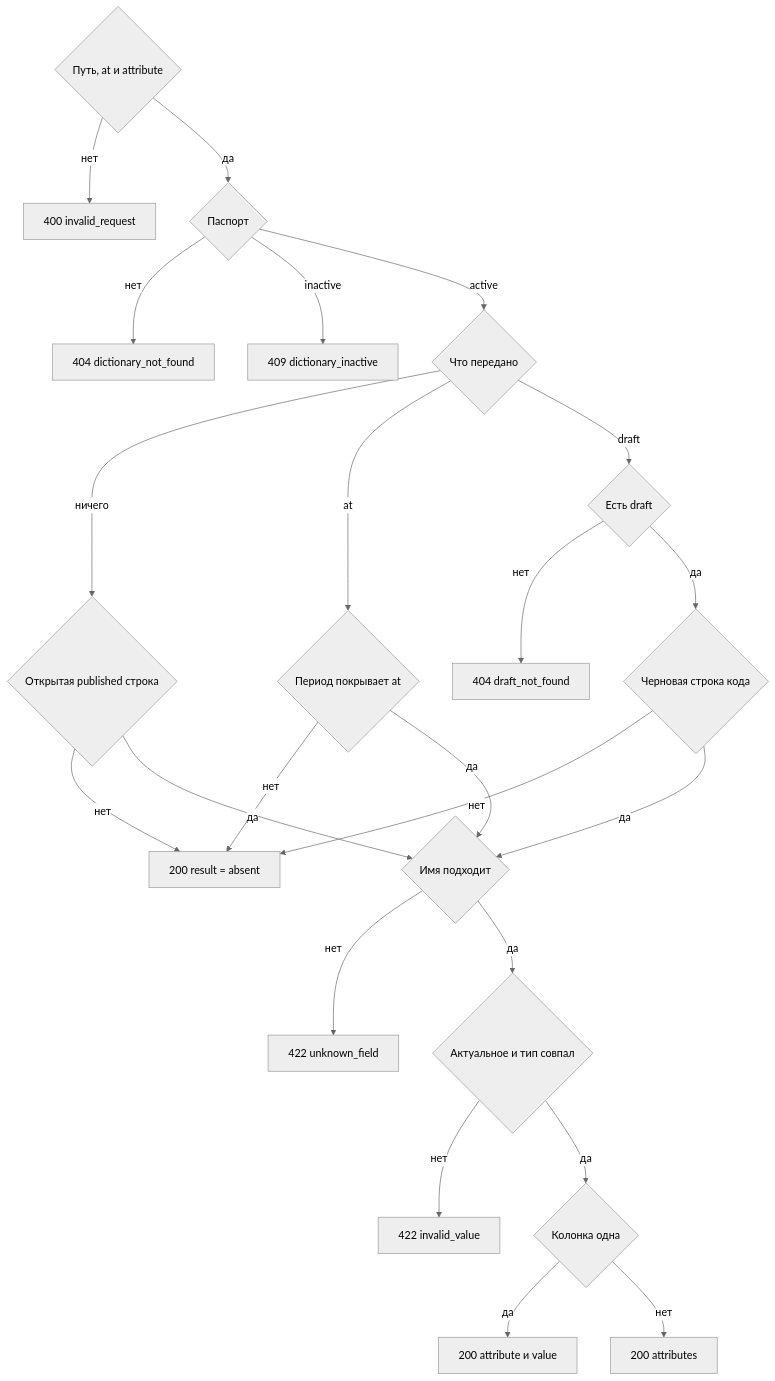
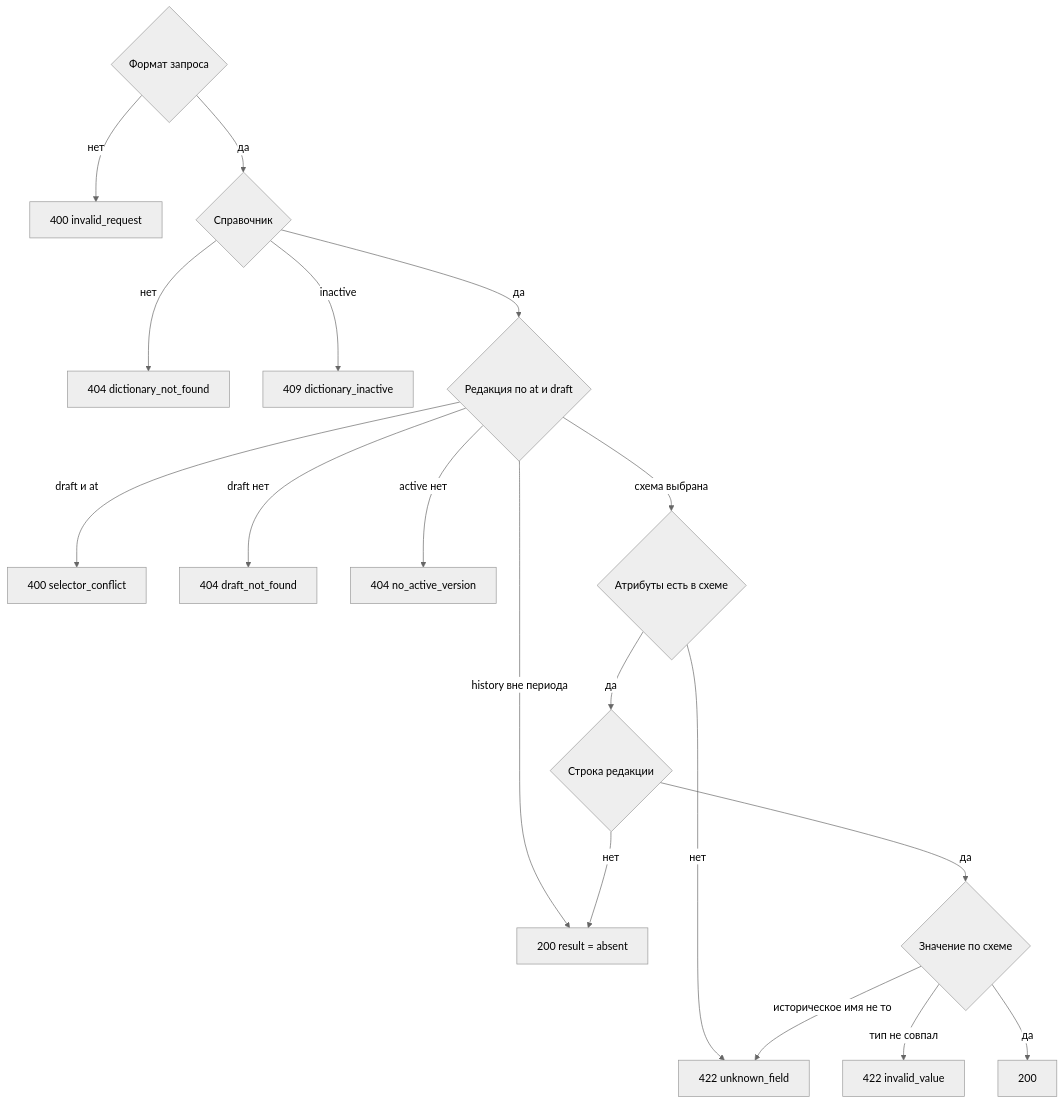
Before and after one commit to StrannikE95/reference_data: the diagram in docs/1. functional/specification/v2 - 1 таблица/api/service.api/DataController/get_value.md, drawn with Mermaid (neutral theme). The commit also changed other lines of this file and 2 other files, not shown here.

````diff
--- a/docs/1. functional/specification/v2 - 1 таблица/api/service.api/DataController/get_value.md
+++ b/docs/1. functional/specification/v2 - 1 таблица/api/service.api/DataController/get_value.md
@@ -107,25 +115,20 @@
 ```mermaid
 flowchart TD
-  fmt{"Путь, at и attribute"} -->|нет| bad["400 invalid_request"]
-  fmt -->|да| found{"Паспорт"}
-  found -->|нет| miss["404 dictionary_not_found"]
-  found -->|inactive| off["409 dictionary_inactive"]
-  found -->|active| mode{"Что передано"}
-  mode -->|ничего| open{"Открытая published строка"}
-  mode -->|at| moment{"Период покрывает at"}
-  mode -->|draft| dver{"Есть draft"}
-  dver -->|нет| noDraft["404 draft_not_found"]
-  dver -->|да| drow{"Черновая строка кода"}
-  drow -->|нет| abs
-  drow -->|да| name
-  open -->|нет| abs["200 result = absent"]
-  moment -->|нет| abs
-  open -->|да| name{"Имя подходит"}
-  moment -->|да| name
-  name -->|нет| unk["422 unknown_field"]
-  name -->|да| typ{"Актуальное и тип совпал"}
-  typ -->|нет| badType["422 invalid_value"]
-  typ -->|да| one{"Колонка одна"}
-  one -->|да| scalar["200 attribute и value"]
-  one -->|нет| map["200 attributes"]
+  fmt{"Формат запроса"} -->|нет| bad["400 invalid_request"]
+  fmt -->|да| dict{"Справочник"}
+  dict -->|нет| miss["404 dictionary_not_found"]
+  dict -->|inactive| off["409 dictionary_inactive"]
+  dict -->|да| ed{"Редакция по at и draft"}
+  ed -->|draft и at| conf["400 selector_conflict"]
+  ed -->|draft нет| noDraft["404 draft_not_found"]
+  ed -->|active нет| noAct["404 no_active_version"]
+  ed -->|history вне периода| abs["200 result = absent"]
+  ed -->|схема выбрана| attrs{"Атрибуты есть в схеме"}
+  attrs -->|нет| unk["422 unknown_field"]
+  attrs -->|да| row{"Строка редакции"}
+  row -->|нет| abs
+  row -->|да| built{"Значение по схеме"}
+  built -->|тип не совпал| badType["422 invalid_value"]
+  built -->|историческое имя не то| unk
+  built -->|да| ok["200"]
 ```
````
